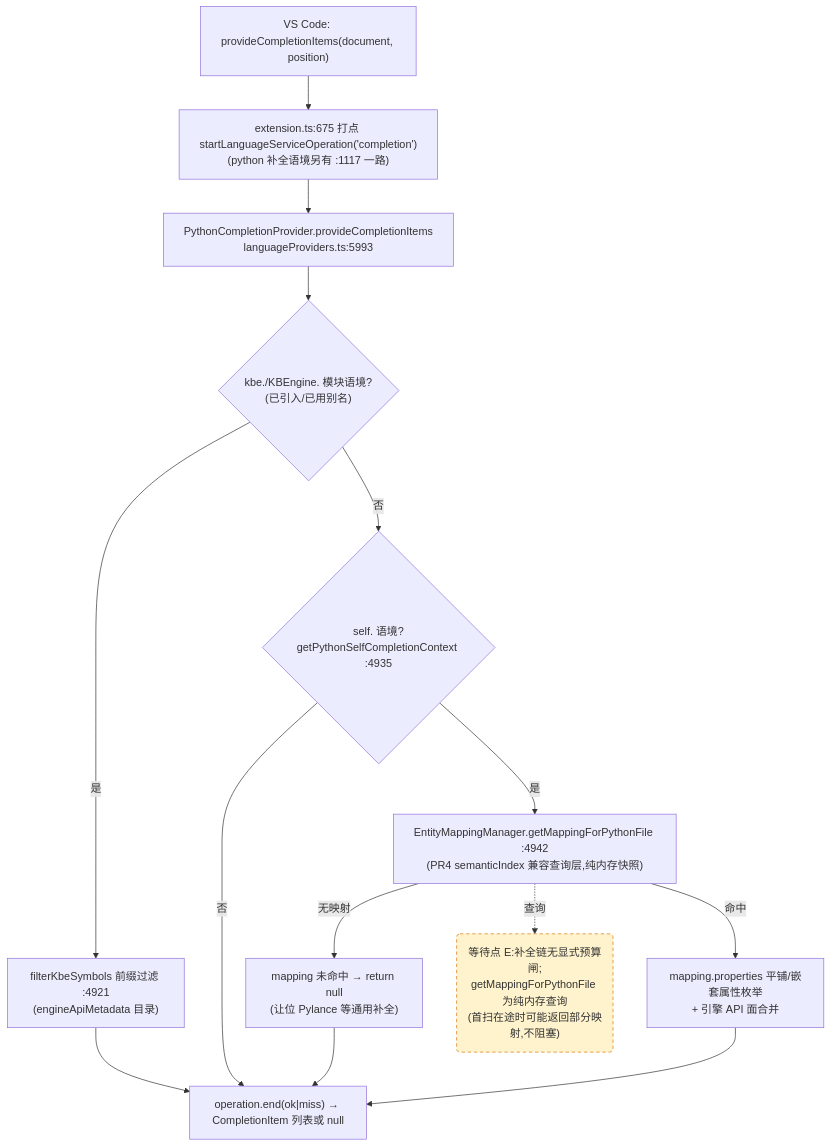
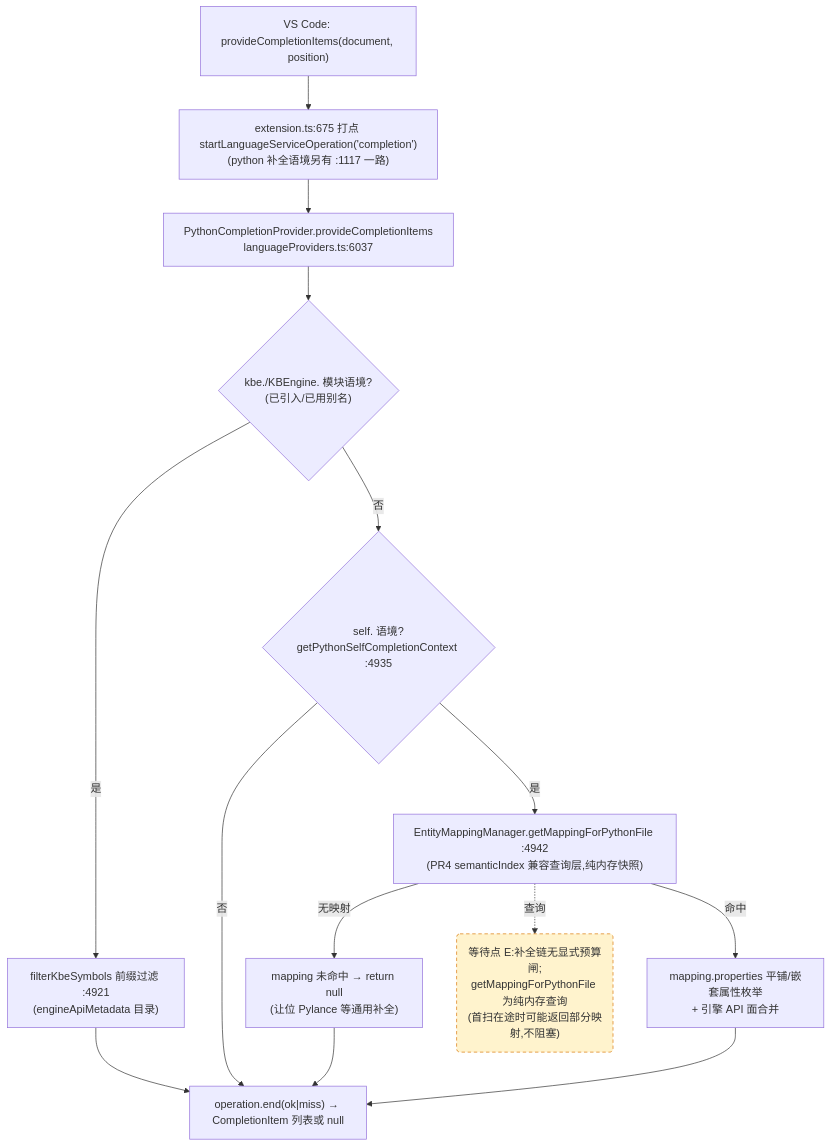
One commit to cuihairu/kode changed the third of 4 diagrams in docs/perf/2026-baseline.md. Above: the diagram before and after it, drawn with Mermaid. The commit also changed other lines of this file and 10 other files, not shown here.

````diff
--- a/docs/perf/2026-baseline.md
+++ b/docs/perf/2026-baseline.md
@@ -184,27 +184,27 @@
 ```mermaid
 flowchart TD
   VC3["VS Code: provideCompletionItems(document, position)"]
   M3["extension.ts:675 打点 startLanguageServiceOperation('completion')<br/>(python 补全语境另有 :1117 一路)"]
-  CP["PythonCompletionProvider.provideCompletionItems<br/>languageProviders.ts:5993"]
+  CP["PythonCompletionProvider.provideCompletionItems<br/>languageProviders.ts:6037"]
   KBEC{"kbe./KBEngine. 模块语境?<br/>(已引入/已用别名)"}
   FILTER["filterKbeSymbols 前缀过滤 :4921<br/>(engineApiMetadata 目录)"]
   SELFC{"self. 语境?<br/>getPythonSelfCompletionContext :4935"}
   MAP["EntityMappingManager.getMappingForPythonFile :4942<br/>(PR4 semanticIndex 兼容查询层,纯内存快照)"]
   NOMAP["mapping 未命中 → return null<br/>(让位 Pylance 等通用补全)"]
   PROPS["mapping.properties 平铺/嵌套属性枚举<br/>+ 引擎 API 面合并"]
   END3["operation.end(ok|miss) → CompletionItem 列表或 null"]
 
   VC3 --> M3 --> CP --> KBEC
   KBEC -- "是" --> FILTER --> END3
   KBEC -- "否" --> SELFC
   SELFC -- "否" --> END3
   SELFC -- "是" --> MAP
   MAP -- "无映射" --> NOMAP --> END3
   MAP -- "命中" --> PROPS --> END3
 
   WAITE("等待点 E:补全链无显式预算闸;<br/>getMappingForPythonFile 为纯内存查询<br/>(首扫在途时可能返回部分映射,不阻塞)")
   MAP -.->|查询| WAITE
 
   classDef waitPoint fill:#fff3cd,stroke:#d97706,stroke-dasharray:5 4;
   class WAITE waitPoint;
 ```
````
